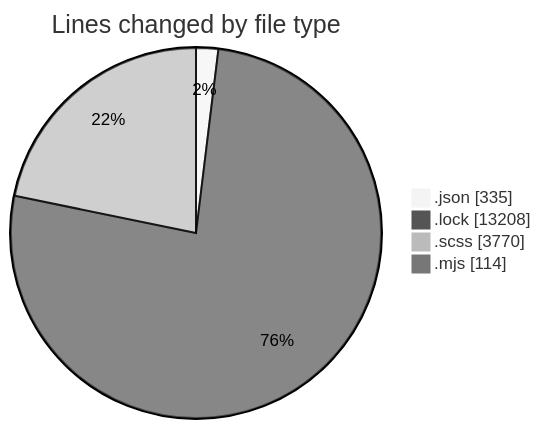
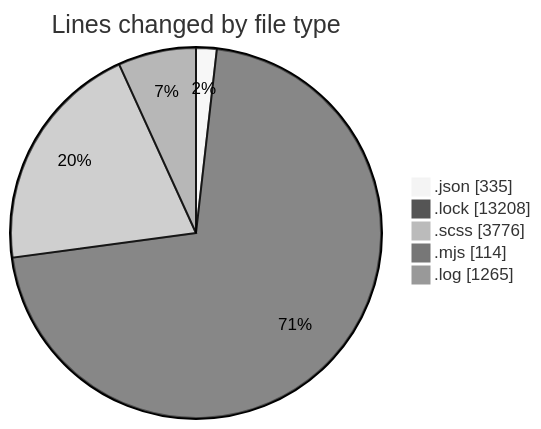
One commit to momahboobian/code-tracking changed the first of 2 diagrams in 2026-01-26/cda/README.md. Above: the diagram before and after it, drawn with Mermaid (neutral theme). The commit also changed other lines of this file and 1 other file, not shown here.

````diff
--- a/2026-01-26/cda/README.md
+++ b/2026-01-26/cda/README.md
@@ -30,8 +31,9 @@
 ```mermaid
 pie showData
 title Lines changed by file type
 ".json" : 335
 ".lock" : 13208
-".scss" : 3770
+".scss" : 3776
 ".mjs" : 114
+".log" : 1265
 ```
````
